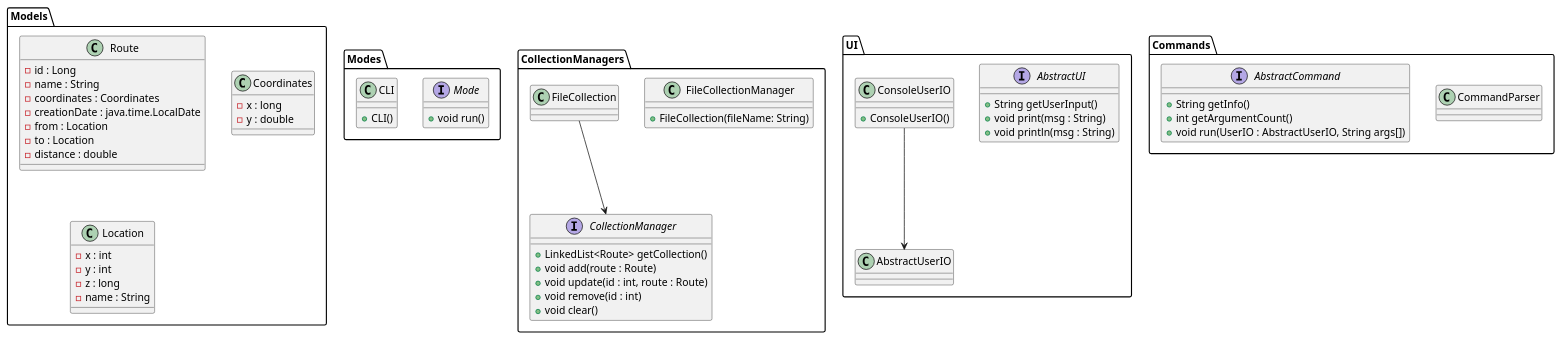
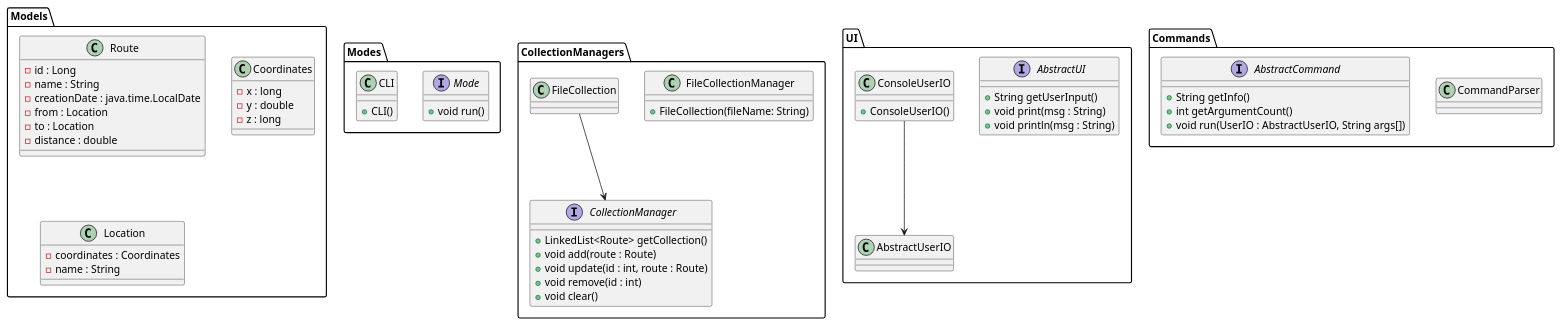
One commit to laoqiu233/itmo_lab_5_8 changed the diagram in uml.puml. Above: the diagram before and after it, drawn with PlantUML. The commit also changed 68 other files, not shown here.

```diff
--- a/uml.puml
+++ b/uml.puml
@@ -1,77 +1,75 @@
 @startuml uml
 package Models {
     class Route {
         - id : Long
         - name : String
-        - coordinates : Coordinates
         - creationDate : java.time.LocalDate
         - from : Location
         - to : Location
         - distance : double
     }
 
     class Coordinates {
         - x : long
         - y : double
+        - z : long
     }
 
     class Location {
-        - x : int
-        - y : int
-        - z : long
+        - coordinates : Coordinates
         - name : String
     }
 }
 
 package Modes {
     interface Mode {
         + void run()
     }
 
     class CLI {
         + CLI()
     }
 }
 
 package CollectionManagers {
     interface CollectionManager {
         + LinkedList<Route> getCollection()
         + void add(route : Route)
         + void update(id : int, route : Route)
         + void remove(id : int)
         + void clear()
     }
 
     class FileCollectionManager {
         + FileCollection(fileName: String)
     }
 
     FileCollection --> CollectionManager
 }
 
 package UI {
     interface AbstractUI {
         + String getUserInput()
         + void print(msg : String)
         + void println(msg : String)
     }
 
     class ConsoleUserIO {
         + ConsoleUserIO()
     }
 
     ConsoleUserIO --> AbstractUserIO
 }
 
 package Commands {
     class CommandParser {
 
     }
 
     interface AbstractCommand {
         + String getInfo()
         + int getArgumentCount()
         + void run(UserIO : AbstractUserIO, String args[])
     }
 }
 @enduml
```
